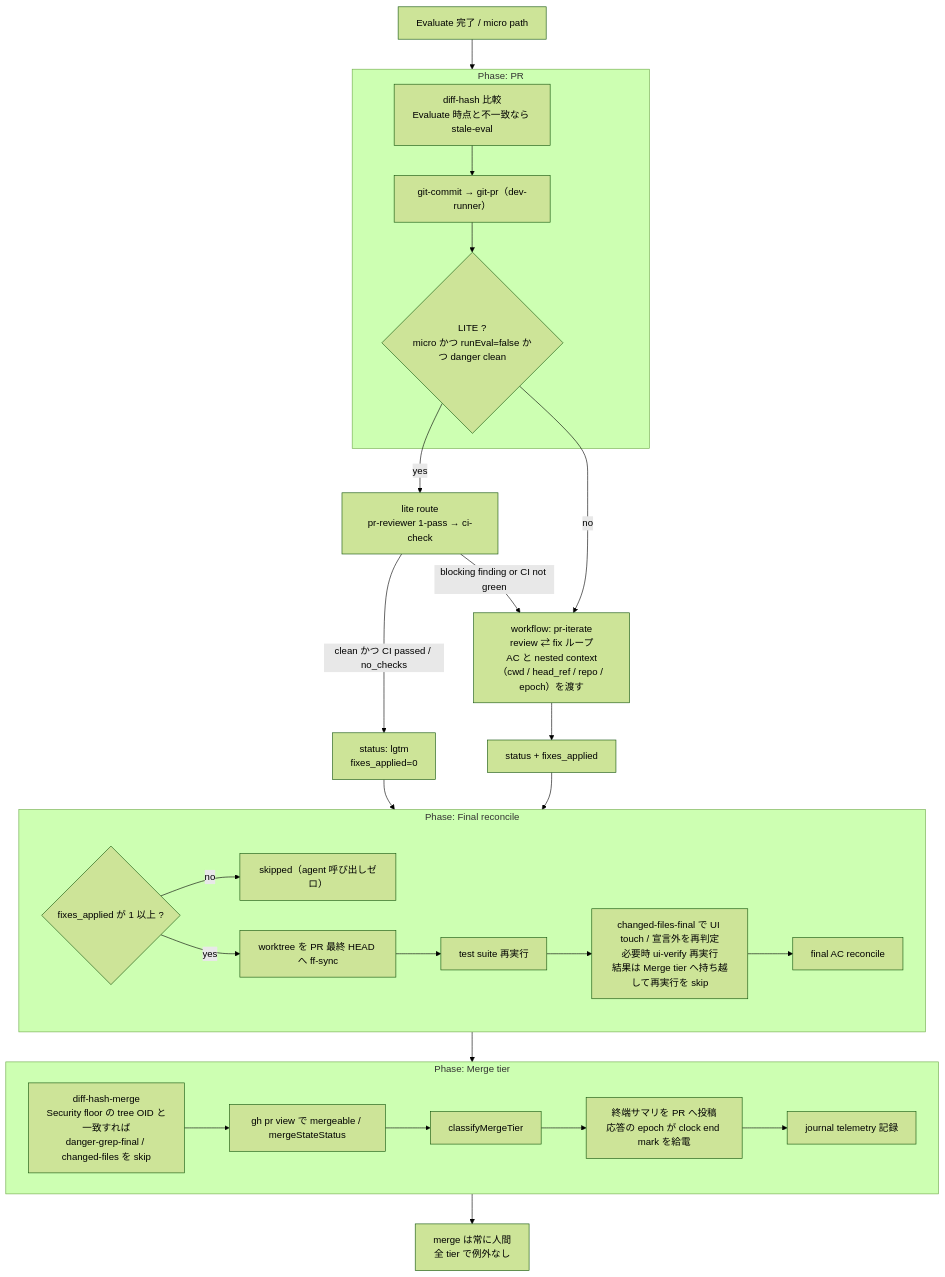
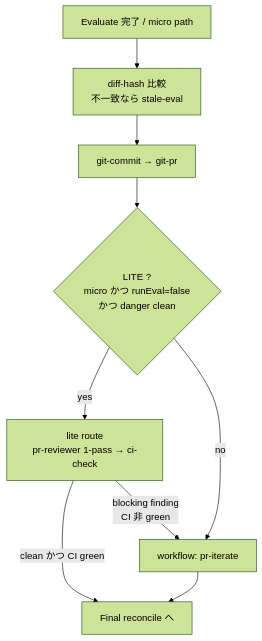
Before and after one commit to it-all-playpark/skills: the ninth of 14 diagrams in docs/dev-flow-atlas.md, drawn with Mermaid (forest theme). The commit also changed other lines of this file, not shown here.

First line of the commit message:
docs(dev-flow): パイプライン図を phase ごとに 1 枚へ分解する

````diff
--- a/docs/dev-flow-atlas.md
+++ b/docs/dev-flow-atlas.md
@@ -176,43 +204,11 @@
 ```mermaid
 flowchart TD
-    PRP["Evaluate 完了 / micro path"] --> PR
-
-    subgraph PR["Phase: PR"]
-        R1["diff-hash 比較<br/>Evaluate 時点と不一致なら stale-eval"]
-        R2["git-commit → git-pr（dev-runner）"]
-        R4{"LITE ?<br/>micro かつ runEval=false かつ danger clean"}
-        R1 --> R2 --> R4
-    end
-
+    IN["Evaluate 完了 / micro path"] --> R1["diff-hash 比較<br/>不一致なら stale-eval"]
+    R1 --> R2["git-commit → git-pr"]
+    R2 --> R4{"LITE ?<br/>micro かつ runEval=false<br/>かつ danger clean"}
     R4 -->|yes| LITE["lite route<br/>pr-reviewer 1-pass → ci-check"]
-    R4 -->|no| FULL["workflow: pr-iterate<br/>review ⇄ fix ループ<br/>AC と nested context（cwd / head_ref / repo / epoch）を渡す"]
-    LITE -->|"clean かつ CI passed / no_checks"| LGTM["status: lgtm<br/>fixes_applied=0"]
-    LITE -->|"blocking finding or CI not green"| FULL
-    FULL --> LGTM2["status + fixes_applied"]
-
-    LGTM --> FR
-    LGTM2 --> FR
-
-    subgraph FR["Phase: Final reconcile"]
-        F0{"fixes_applied が 1 以上 ?"}
-        F1["worktree を PR 最終 HEAD へ ff-sync"]
-        F2["test suite 再実行"]
-        F3["changed-files-final で UI touch / 宣言外を再判定<br/>必要時 ui-verify 再実行<br/>結果は Merge tier へ持ち越して再実行を skip"]
-        F4["final AC reconcile"]
-        F0 -->|no| FSKIP["skipped（agent 呼び出しゼロ）"]
-        F0 -->|yes| F1 --> F2 --> F3 --> F4
-    end
-
-    FR --> MT
-
-    subgraph MT["Phase: Merge tier"]
-        M0["diff-hash-merge<br/>Security floor の tree OID と一致すれば<br/>danger-grep-final / changed-files を skip"]
-        M1["gh pr view で mergeable / mergeStateStatus"]
-        M2["classifyMergeTier"]
-        M3["終端サマリを PR へ投稿<br/>応答の epoch が clock end mark を給電"]
-        M4["journal telemetry 記録"]
-        M0 --> M1 --> M2 --> M3 --> M4
-    end
-
-    MT --> HUMAN["merge は常に人間<br/>全 tier で例外なし"]
+    R4 -->|no| FULL["workflow: pr-iterate"]
+    LITE -->|"clean かつ CI green"| OUT["Final reconcile へ"]
+    LITE -->|"blocking finding<br/>CI 非 green"| FULL
+    FULL --> OUT
 ```
````
